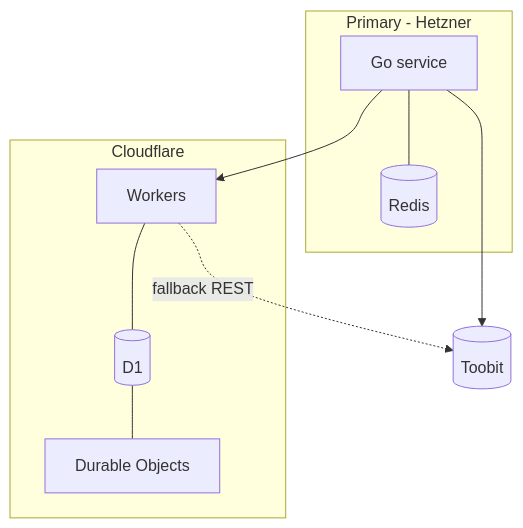
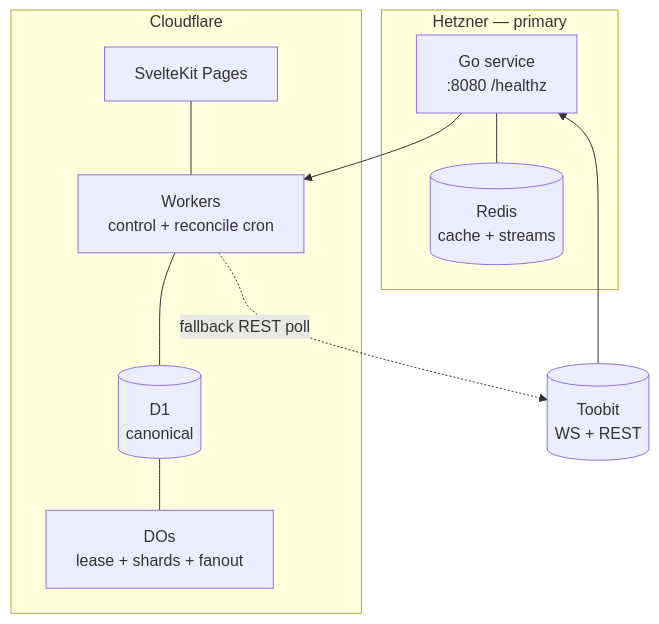
One commit to mehranjanati/trading-agent changed the second of 2 diagrams in docs/02-system-architecture.md. Above: the diagram before and after it, drawn with Mermaid. The commit also changed other lines of this file and 26 other files, not shown here.

````diff
--- a/docs/02-system-architecture.md
+++ b/docs/02-system-architecture.md
@@ -30,12 +41,13 @@
 ```mermaid
 flowchart TB
-  subgraph Hetzner[Primary - Hetzner]
-    G[Go service] --- R[(Redis)]
+  subgraph HZ[Hetzner — primary]
+    G[Go service<br/>:8080 /healthz] --- R[(Redis<br/>cache + streams)]
   end
-  subgraph CF2[Cloudflare]
-    W[Workers] --- D[(D1)] --- O[Durable Objects]
+  subgraph CF[Cloudflare]
+    W[Workers<br/>control + reconcile cron] --- D[(D1<br/>canonical)] --- O[DOs<br/>lease + shards + fanout]
+    P[SvelteKit Pages] --- W
   end
+  TB[(Toobit<br/>WS + REST)] --> G
   G --> W
-  W -.fallback REST.-> TB[(Toobit)]
-  G --> TB
+  W -. fallback REST poll .-> TB
 ```
````
